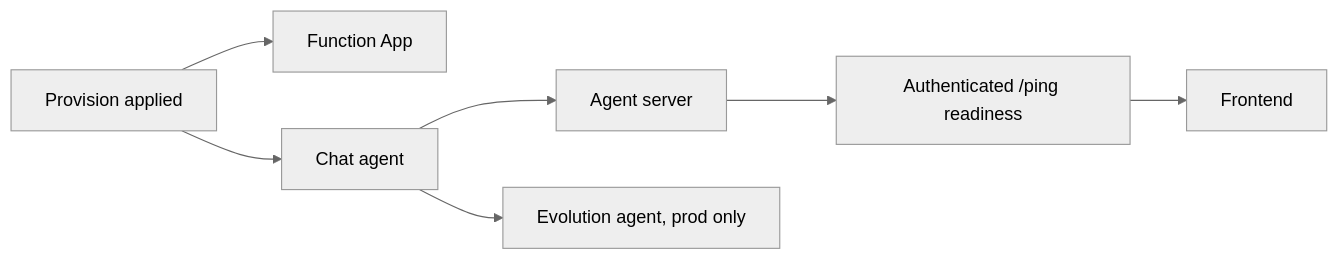
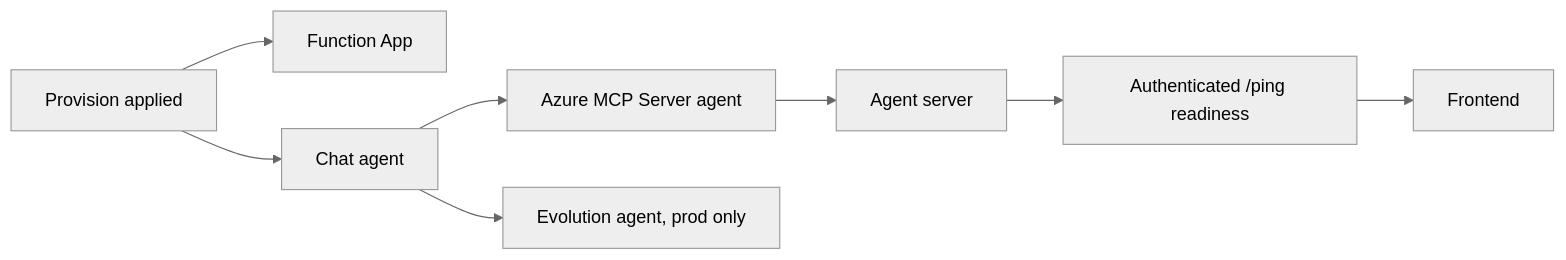
The third of 4 diagrams in tools/sdk-ai-bots/deployment/docs/deployment-architecture.md (Azure/azure-sdk-tools), drawn with Mermaid (neutral theme) before and after one commit. The commit also changed other lines of this file and 27 other files, not shown here.

````diff
--- a/tools/sdk-ai-bots/deployment/docs/deployment-architecture.md
+++ b/tools/sdk-ai-bots/deployment/docs/deployment-architecture.md
@@ -85,9 +87,10 @@
 ```mermaid
 flowchart LR
   APPLY[Provision applied] --> FUNCTION[Function App]
   APPLY --> AGENT[Chat agent]
-  AGENT --> SERVER[Agent server]
+  AGENT --> MCP[Azure MCP Server agent]
+  MCP --> SERVER[Agent server]
   AGENT --> EVOLUTION[Evolution agent, prod only]
   SERVER --> READY[Authenticated /ping readiness]
   READY --> FRONTEND[Frontend]
 ```
````
